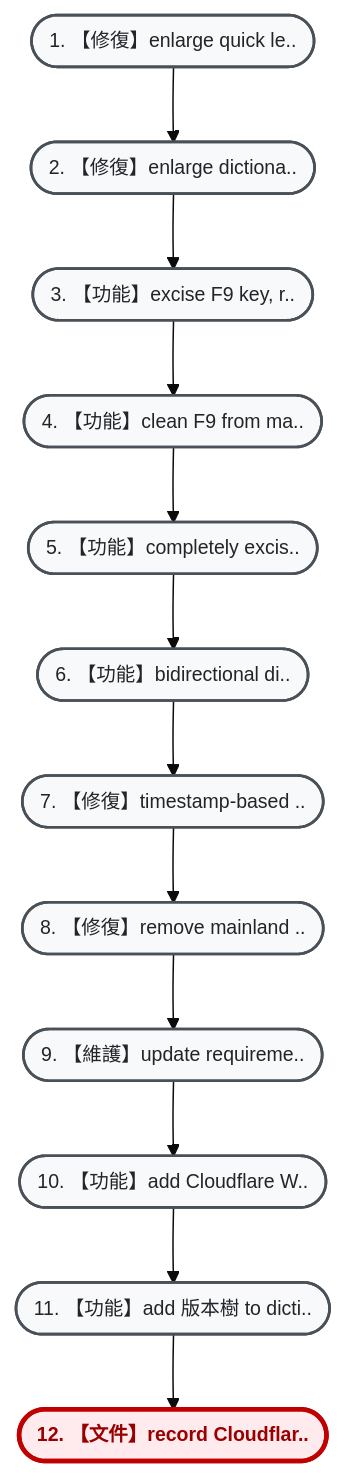
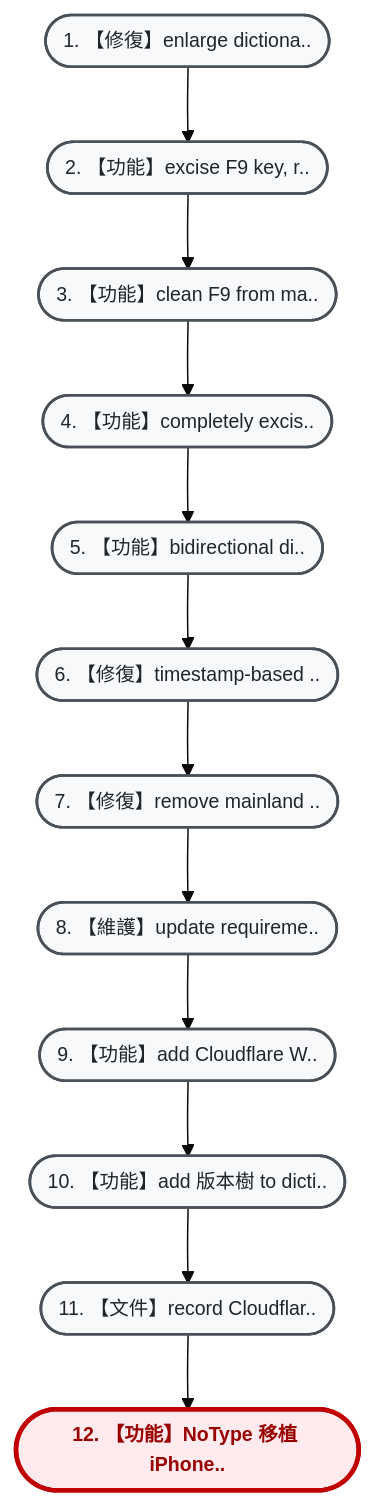
Before and after one commit to hjen8/NoType-Scribe: the diagram in VERSION_TREE.md, drawn with Mermaid (base theme). The commit also changed other lines of this file, not shown here.

````diff
--- a/VERSION_TREE.md
+++ b/VERSION_TREE.md
@@ -13,30 +13,30 @@
 ```mermaid
 flowchart TD
     %% 雙壁版本樹專用視覺化配色風格 (由上而下 TD 垂直大字純中文版)
     classDef default fill:#f8f9fa,stroke:#495057,stroke-width:1.8px,color:#212529,font-size:13px;
     classDef current fill:#ffebee,stroke:#c00000,stroke-width:3px,color:#900,font-weight:bold,font-size:13px;
     classDef mergeNode fill:#e3f2fd,stroke:#1565c0,stroke-width:2px,color:#0d47a1,font-size:13px;
-    n_6f817fc(["1. 【修復】enlarge quick le.."]):::default
-    n_3c88006(["2. 【修復】enlarge dictiona.."]):::default
-    n_672623f(["3. 【功能】excise F9 key, r.."]):::default
-    n_1ebb0ec(["4. 【功能】clean F9 from ma.."]):::default
-    n_0839abd(["5. 【功能】completely excis.."]):::default
-    n_c08b18c(["6. 【功能】bidirectional di.."]):::default
-    n_5661482(["7. 【修復】timestamp-based .."]):::default
-    n_4c9bcd5(["8. 【修復】remove mainland .."]):::default
-    n_4a3ea27(["9. 【維護】update requireme.."]):::default
-    n_a05b1df(["10. 【功能】add Cloudflare W.."]):::default
-    n_18e4ca1(["11. 【功能】add 版本樹 to dicti.."]):::default
-    n_47c4704(["12. 【文件】record Cloudflar.."]):::current
-    n_6f817fc --> n_3c88006
+    n_3c88006(["1. 【修復】enlarge dictiona.."]):::default
+    n_672623f(["2. 【功能】excise F9 key, r.."]):::default
+    n_1ebb0ec(["3. 【功能】clean F9 from ma.."]):::default
+    n_0839abd(["4. 【功能】completely excis.."]):::default
+    n_c08b18c(["5. 【功能】bidirectional di.."]):::default
+    n_5661482(["6. 【修復】timestamp-based .."]):::default
+    n_4c9bcd5(["7. 【修復】remove mainland .."]):::default
+    n_4a3ea27(["8. 【維護】update requireme.."]):::default
+    n_a05b1df(["9. 【功能】add Cloudflare W.."]):::default
+    n_18e4ca1(["10. 【功能】add 版本樹 to dicti.."]):::default
+    n_47c4704(["11. 【文件】record Cloudflar.."]):::default
+    n_58bbc8c(["12. 【功能】NoType 移植 iPhone.."]):::current
     n_3c88006 --> n_672623f
     n_672623f --> n_1ebb0ec
     n_1ebb0ec --> n_0839abd
     n_0839abd --> n_c08b18c
     n_c08b18c --> n_5661482
     n_5661482 --> n_4c9bcd5
     n_4c9bcd5 --> n_4a3ea27
     n_4a3ea27 --> n_a05b1df
     n_a05b1df --> n_18e4ca1
     n_18e4ca1 --> n_47c4704
+    n_47c4704 --> n_58bbc8c
 ```
````
